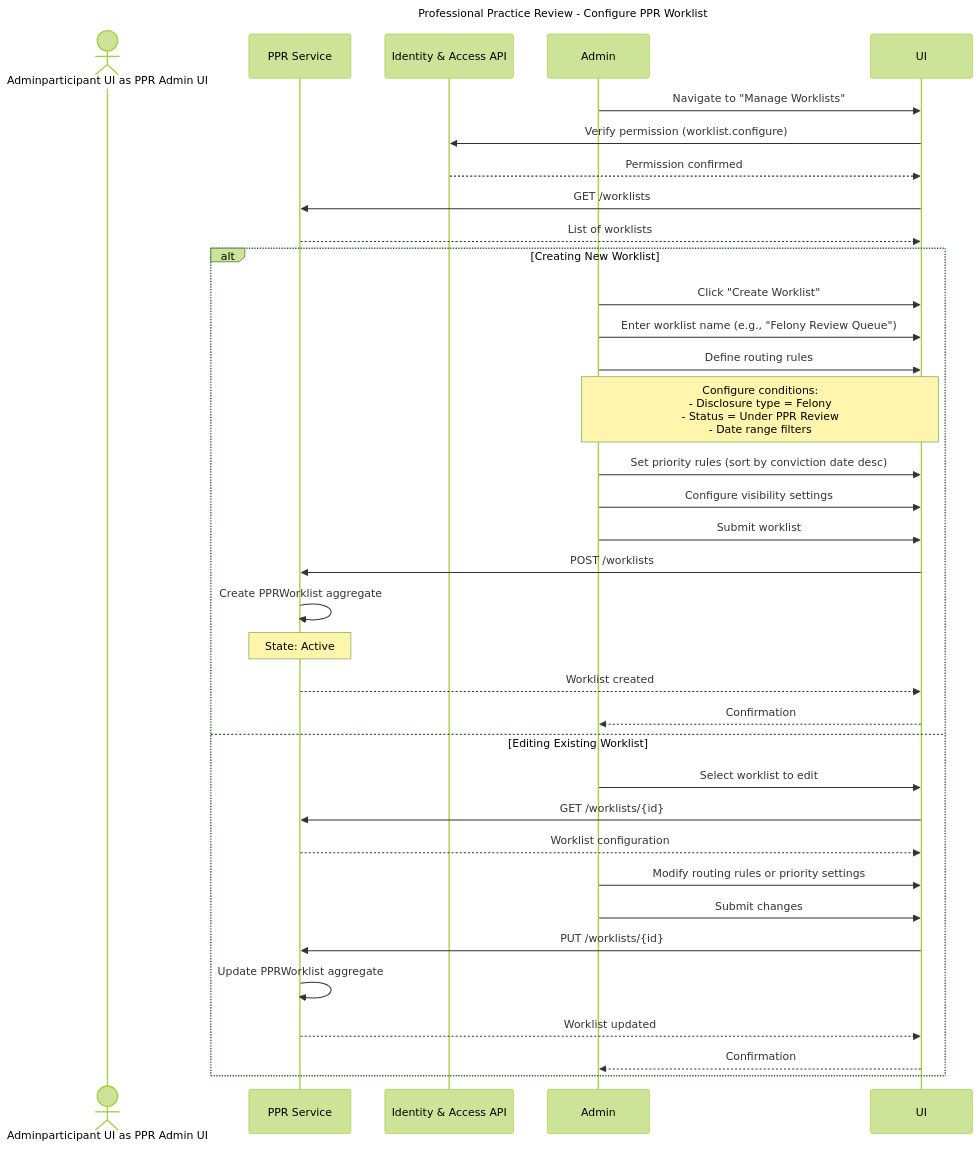
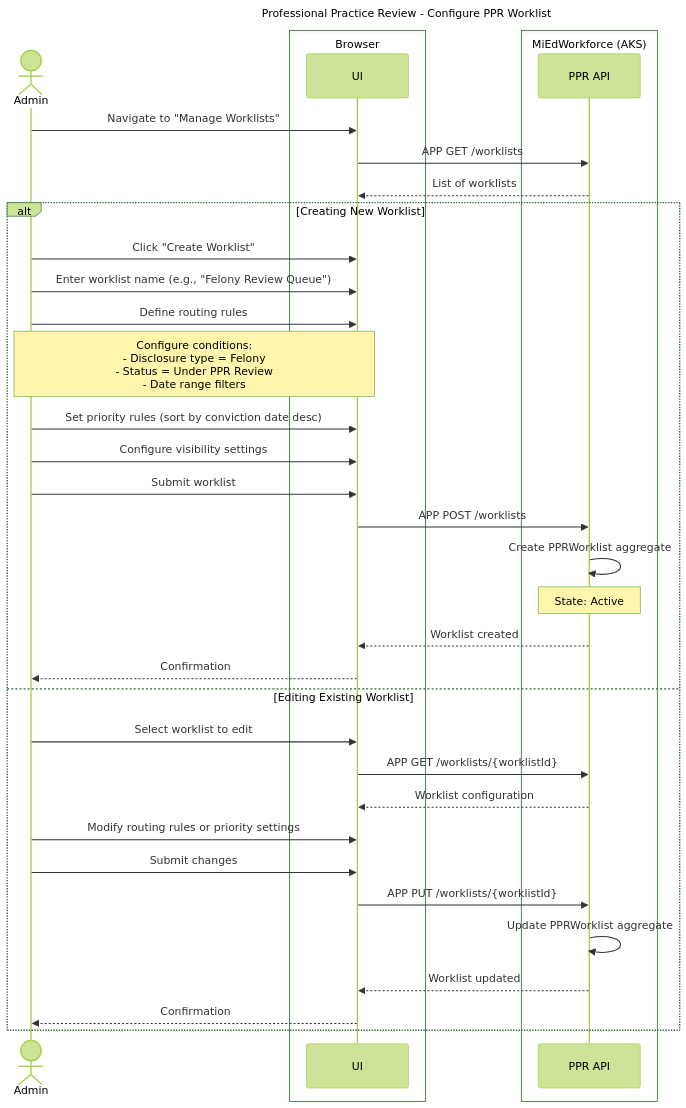
Diagram 11 of 15 in working-docs/solution-areas/profpractice/profpractice-sequences.md (mnichols-dl/mied-design), drawn with Mermaid (forest theme) before and after one commit. The commit also changed other lines of this file and 34 other files, not shown here.

Commit message:
Update sequences and perform RTM assessment

````diff
--- a/working-docs/solution-areas/profpractice/profpractice-sequences.md
+++ b/working-docs/solution-areas/profpractice/profpractice-sequences.md
@@ -739,49 +713,51 @@
 ```mermaid
 ---
 title: Professional Practice Review - Configure PPR Worklist
 ---
 sequenceDiagram
-    actor Adminparticipant UI as PPR Admin UI
-    participant PPRService as PPR Service
-    participant IAM as Identity & Access API
+    actor Admin
+    box Browser
+        participant UI as UI
+    end
+    box MiEdWorkforce (AKS)
+        participant PprApi as PPR API
+    end
     
     Admin->>UI: Navigate to "Manage Worklists"
-    UI->>IAM: Verify permission (worklist.configure)
-    IAM-->>UI: Permission confirmed
     
-    UI->>PPRService: GET /worklists
-    PPRService-->>UI: List of worklists
+    UI->>PprApi: APP GET /worklists
+    PprApi-->>UI: List of worklists
     
     alt Creating New Worklist
         Admin->>UI: Click "Create Worklist"
         Admin->>UI: Enter worklist name (e.g., "Felony Review Queue")
         
         Admin->>UI: Define routing rules
         Note over Admin,UI: Configure conditions:<br/>- Disclosure type = Felony<br/>- Status = Under PPR Review<br/>- Date range filters
         
         Admin->>UI: Set priority rules (sort by conviction date desc)
         Admin->>UI: Configure visibility settings
         
         Admin->>UI: Submit worklist
-        UI->>PPRService: POST /worklists
+        UI->>PprApi: APP POST /worklists
         
-        PPRService->>PPRService: Create PPRWorklist aggregate
-        Note over PPRService: State: Active
+        PprApi->>PprApi: Create PPRWorklist aggregate
+        Note over PprApi: State: Active
         
-        PPRService-->>UI: Worklist created
+        PprApi-->>UI: Worklist created
         UI-->>Admin: Confirmation
         
     else Editing Existing Worklist
         Admin->>UI: Select worklist to edit
-        UI->>PPRService: GET /worklists/{id}
-        PPRService-->>UI: Worklist configuration
+        UI->>PprApi: APP GET /worklists/{worklistId}
+        PprApi-->>UI: Worklist configuration
         
         Admin->>UI: Modify routing rules or priority settings
         Admin->>UI: Submit changes
         
-        UI->>PPRService: PUT /worklists/{id}
-        PPRService->>PPRService: Update PPRWorklist aggregate
-        PPRService-->>UI: Worklist updated
+        UI->>PprApi: APP PUT /worklists/{worklistId}
+        PprApi->>PprApi: Update PPRWorklist aggregate
+        PprApi-->>UI: Worklist updated
         UI-->>Admin: Confirmation
     end
 ```
````
